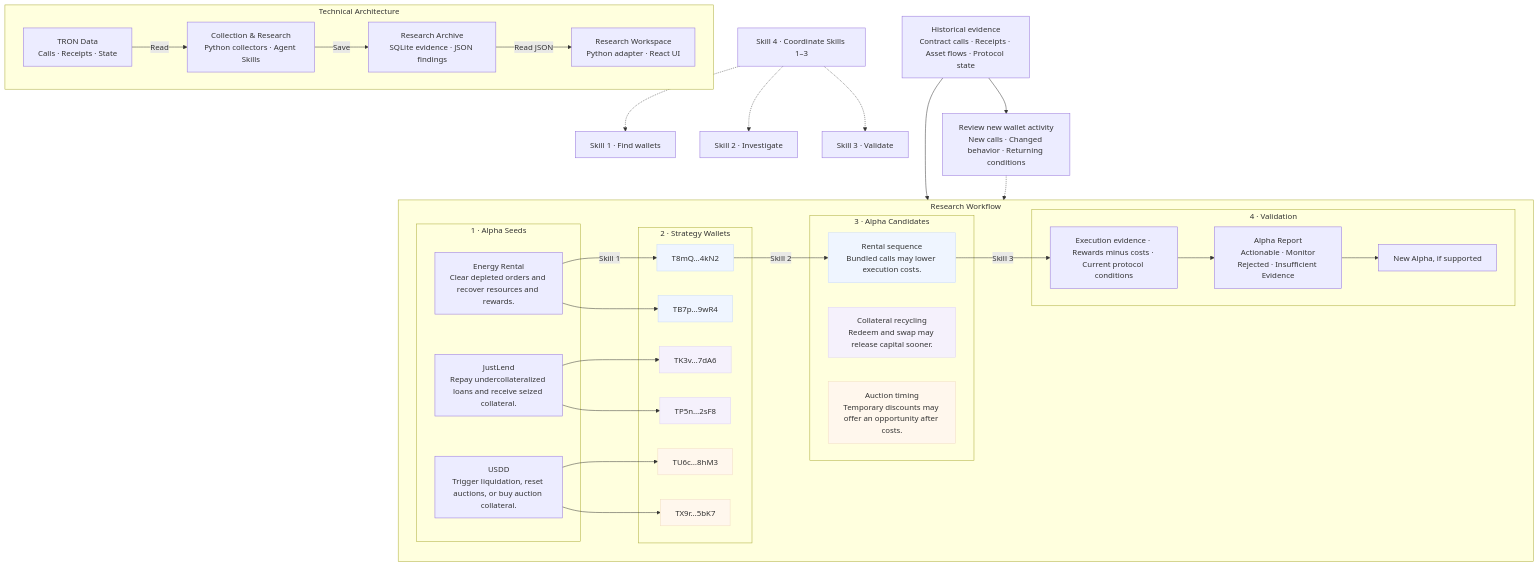
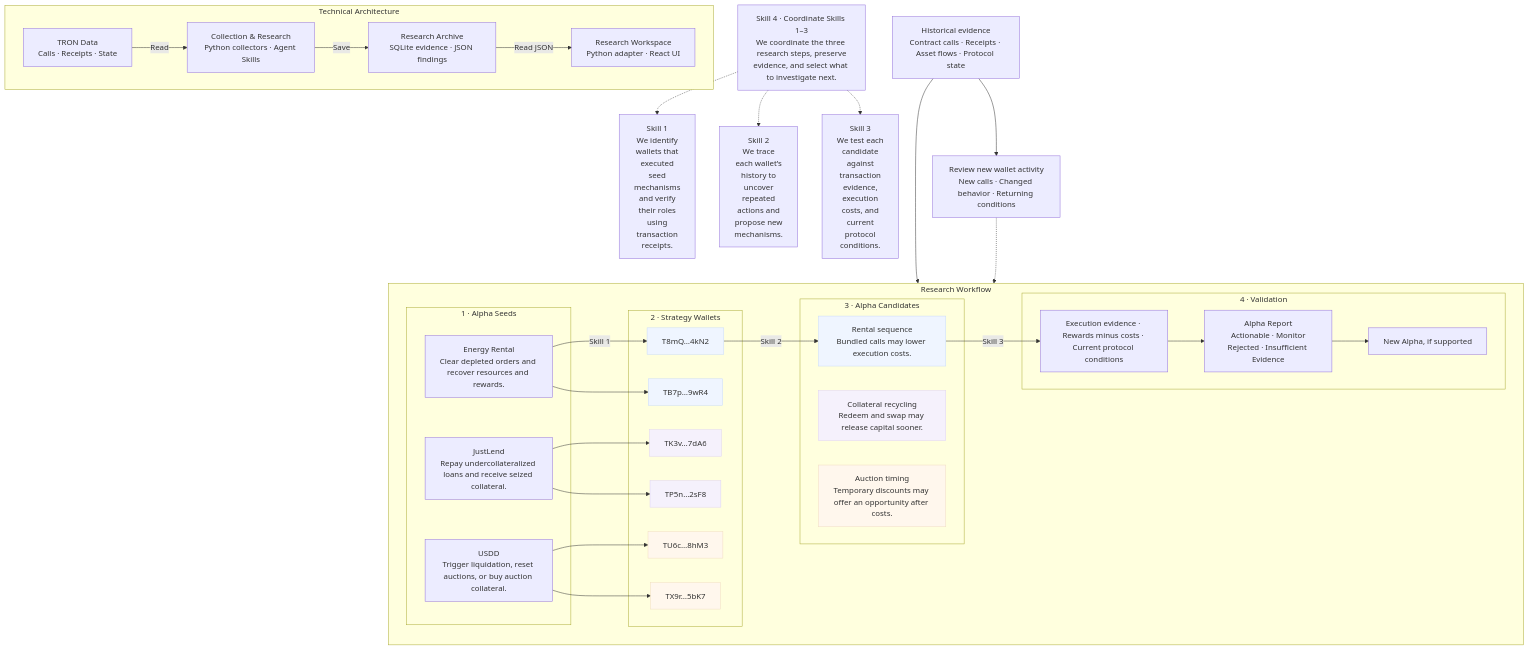
One commit to qinyh10300/protocol-alpha-finder changed the diagram in docs/diagrams/system-architecture-en.mmd. Above: the diagram before and after it, drawn with Mermaid. The commit also changed 4 other files, not shown here.

Commit message:
docs: restore Skill introductions at their existing diagram positions

```diff
--- a/docs/diagrams/system-architecture-en.mmd
+++ b/docs/diagrams/system-architecture-en.mmd
@@ -1,69 +1,69 @@
 flowchart TB
     subgraph FLOW["Research Workflow"]
         direction LR
         subgraph SEEDS["1 · Alpha Seeds"]
             SEED0["Energy Rental<br/>Clear depleted orders and recover resources and rewards."]
             SEED1["JustLend<br/>Repay undercollateralized loans and receive seized collateral."]
             SEED2["USDD<br/>Trigger liquidation, reset auctions, or buy auction collateral."]
         end
         subgraph WALLETS["2 · Strategy Wallets"]
             WALLET0["T8mQ…4kN2"]
             WALLET1["TB7p…9wR4"]
             WALLET2["TK3v…7dA6"]
             WALLET3["TP5n…2sF8"]
             WALLET4["TU6c…8hM3"]
             WALLET5["TX9r…5bK7"]
         end
         subgraph CANDIDATES["3 · Alpha Candidates"]
             CANDIDATE0["Rental sequence<br/>Bundled calls may lower execution costs."]
             CANDIDATE1["Collateral recycling<br/>Redeem and swap may release capital sooner."]
             CANDIDATE2["Auction timing<br/>Temporary discounts may offer an opportunity after costs."]
         end
         subgraph VALIDATION["4 · Validation"]
             CHECK["Execution evidence · Rewards minus costs · Current protocol conditions"]
             REPORT["Alpha Report<br/>Actionable · Monitor<br/>Rejected · Insufficient Evidence"]
             NEW["New Alpha, if supported"]
             CHECK --> REPORT --> NEW
         end
         SEED0 -->|Skill 1| WALLET0
         SEED0 --> WALLET1
         SEED1 --> WALLET2
         SEED1 --> WALLET3
         SEED2 --> WALLET4
         SEED2 --> WALLET5
         WALLET0 -->|Skill 2| CANDIDATE0
         CANDIDATE0 -->|Skill 3| CHECK
     end
-    S1["Skill 1 · Find wallets"]
-    S2["Skill 2 · Investigate"]
-    S3["Skill 3 · Validate"]
-    S4["Skill 4 · Coordinate Skills 1–3"]
+    S1["Skill 1<br/>We identify<br/>wallets that<br/>executed<br/>seed<br/>mechanisms<br/>and verify<br/>their roles<br/>using<br/>transaction<br/>receipts."]
+    S2["Skill 2<br/>We trace<br/>each wallet’s<br/>history to<br/>uncover<br/>repeated<br/>actions and<br/>propose new<br/>mechanisms."]
+    S3["Skill 3<br/>We test each<br/>candidate<br/>against<br/>transaction<br/>evidence,<br/>execution<br/>costs, and<br/>current<br/>protocol<br/>conditions."]
+    S4["Skill 4 · Coordinate Skills 1–3<br/>We coordinate the three research steps, preserve<br/>evidence, and select what to investigate next."]
     S4 -.-> S1
     S4 -.-> S2
     S4 -.-> S3
     HISTORY["Historical evidence<br/>Contract calls · Receipts · Asset flows · Protocol state"]
     OBSERVE["Review new wallet activity<br/>New calls · Changed behavior · Returning conditions"]
     HISTORY --> FLOW
     HISTORY --> OBSERVE
     OBSERVE -.-> FLOW
     %% Illustrative addresses and hypotheses · Matching colors show provenance; one research path is drawn.
     %% Repeat collection and review; current checks start manually.
     style WALLET0 fill:#eff5ff,stroke:#c8daf8
     style WALLET1 fill:#eff5ff,stroke:#c8daf8
     style CANDIDATE0 fill:#eff5ff,stroke:#c8daf8
     style WALLET2 fill:#f5f1fc,stroke:#ded2f2
     style WALLET3 fill:#f5f1fc,stroke:#ded2f2
     style CANDIDATE1 fill:#f5f1fc,stroke:#ded2f2
     style WALLET4 fill:#fff7ed,stroke:#f1dcc2
     style WALLET5 fill:#fff7ed,stroke:#f1dcc2
     style CANDIDATE2 fill:#fff7ed,stroke:#f1dcc2
     subgraph TECH["Technical Architecture"]
         direction LR
         T0["TRON Data<br/>Calls · Receipts · State"]
         T1["Collection & Research<br/>Python collectors · Agent Skills"]
         T0 -->|Read| T1
         T2["Research Archive<br/>SQLite evidence · JSON findings"]
         T1 -->|Save| T2
         T3["Research Workspace<br/>Python adapter · React UI"]
         T2 -->|Read JSON| T3
     end
```
